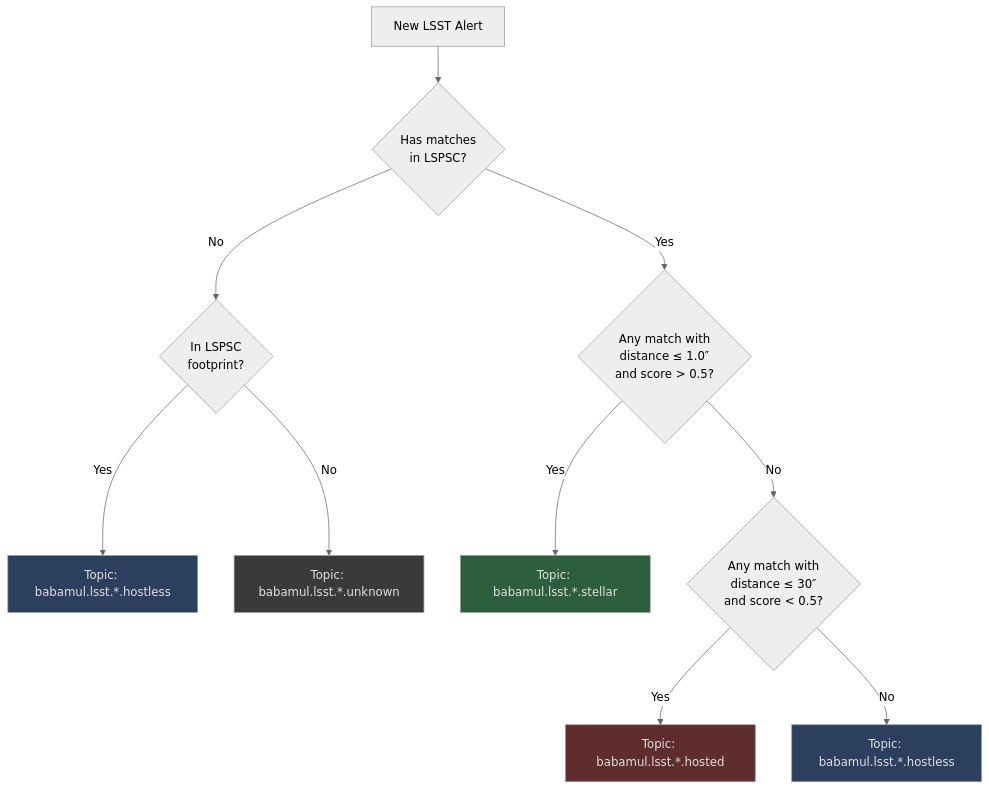
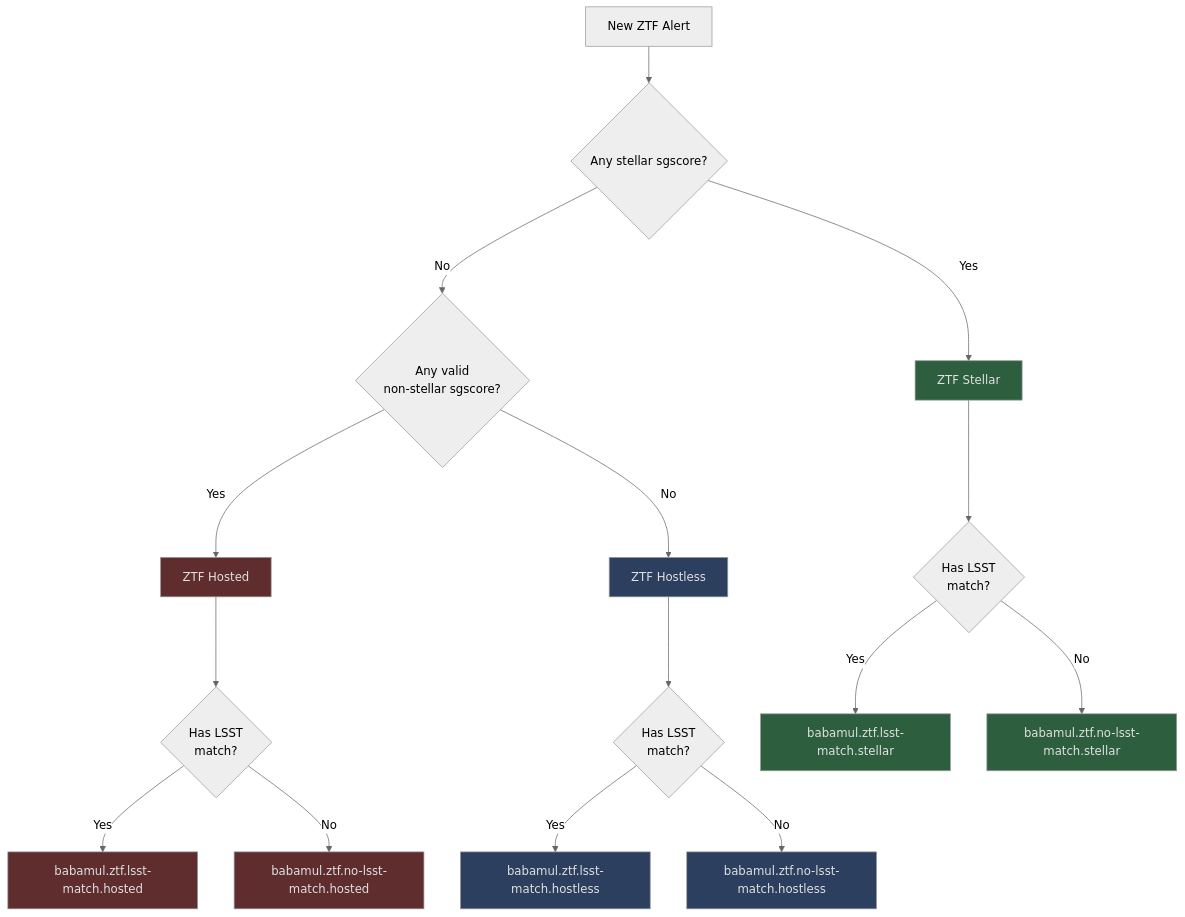
One commit to boom-astro/boom changed the third of 3 diagrams in docs/babamul.md. Above: the diagram before and after it, drawn with Mermaid (neutral theme). The commit also changed other lines of this file, not shown here.

Commit message:
Expand Babamul stream documentation (#349)

````diff
--- a/docs/babamul.md
+++ b/docs/babamul.md
@@ -135,20 +180,30 @@
 ```mermaid
 flowchart TD
-    Alert[New LSST Alert] --> CheckLSPSC{Has matches<br/>in LSPSC?}
+    ZTF[New ZTF Alert] --> CheckStellar{Any stellar sgscore?}
 
-    CheckLSPSC -->|No| CheckFootprint{In LSPSC<br/>footprint?}
-    CheckFootprint -->|Yes| HostlessTopic[Topic: babamul.lsst.*.hostless]
-    CheckFootprint -->|No| UnknownTopic[Topic: babamul.lsst.*.unknown]
+    CheckStellar -->|Yes| ZTF_Stellar[ZTF Stellar]
+    CheckStellar -->|No| CheckSGScore{Any valid</br>non-stellar sgscore?}
+    CheckSGScore -->|Yes| ZTF_Hosted[ZTF Hosted]
+    CheckSGScore -->|No| ZTF_Hostless[ZTF Hostless]
 
-    CheckLSPSC -->|Yes| CheckStellar{Any match with<br/>distance ≤ 1.0″<br/>and score > 0.5?}
-    CheckStellar -->|Yes| StellarTopic[Topic: babamul.lsst.*.stellar]
-    CheckStellar -->|No| CheckHosted{Any match with<br/>distance ≤ 30″<br/>and score < 0.5?}
-    CheckHosted -->|Yes| HostedTopic[Topic: babamul.lsst.*.hosted]
-    CheckHosted -->|No| HostlessTopic2[Topic: babamul.lsst.*.hostless]
+    ZTF_Stellar --> CheckLSSTMatch_Stellar{Has LSST<br/>match?}
+    ZTF_Hosted --> CheckLSSTMatch_Hosted{Has LSST<br/>match?}
+    ZTF_Hostless --> CheckLSSTMatch_Hostless{Has LSST<br/>match?}
 
-    style StellarTopic fill:#2d5f3f,color:#e0e0e0
-    style HostedTopic fill:#5f2d2d,color:#e0e0e0
-    style HostlessTopic fill:#2d3f5f,color:#e0e0e0
-    style HostlessTopic2 fill:#2d3f5f,color:#e0e0e0
-    style UnknownTopic fill:#3a3a3a,color:#e0e0e0
+    CheckLSSTMatch_Stellar -->|Yes| Topic9[babamul.ztf.lsst-match.stellar]
+    CheckLSSTMatch_Stellar -->|No| Topic12[babamul.ztf.no-lsst-match.stellar]
+    CheckLSSTMatch_Hosted -->|Yes| Topic10[babamul.ztf.lsst-match.hosted]
+    CheckLSSTMatch_Hosted -->|No| Topic13[babamul.ztf.no-lsst-match.hosted]
+    CheckLSSTMatch_Hostless -->|Yes| Topic11[babamul.ztf.lsst-match.hostless]
+    CheckLSSTMatch_Hostless -->|No| Topic14[babamul.ztf.no-lsst-match.hostless]
+
+    style ZTF_Stellar fill:#2d5f3f,color:#e0e0e0
+    style ZTF_Hosted fill:#5f2d2d,color:#e0e0e0
+    style ZTF_Hostless fill:#2d3f5f,color:#e0e0e0
+    style Topic9 fill:#2d5f3f,color:#e0e0e0
+    style Topic10 fill:#5f2d2d,color:#e0e0e0
+    style Topic11 fill:#2d3f5f,color:#e0e0e0
+    style Topic12 fill:#2d5f3f,color:#e0e0e0
+    style Topic13 fill:#5f2d2d,color:#e0e0e0
+    style Topic14 fill:#2d3f5f,color:#e0e0e0
 ```
````
